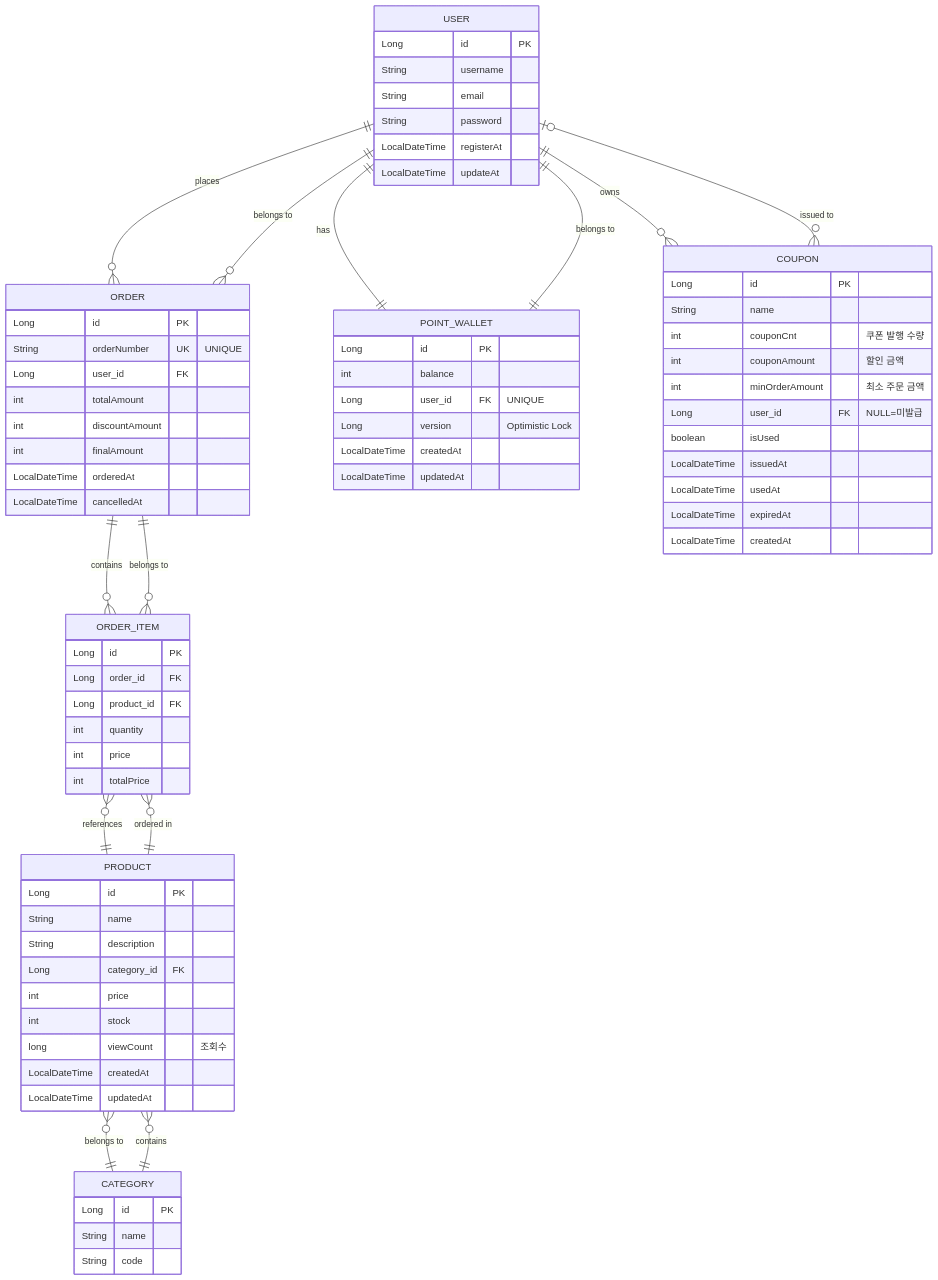
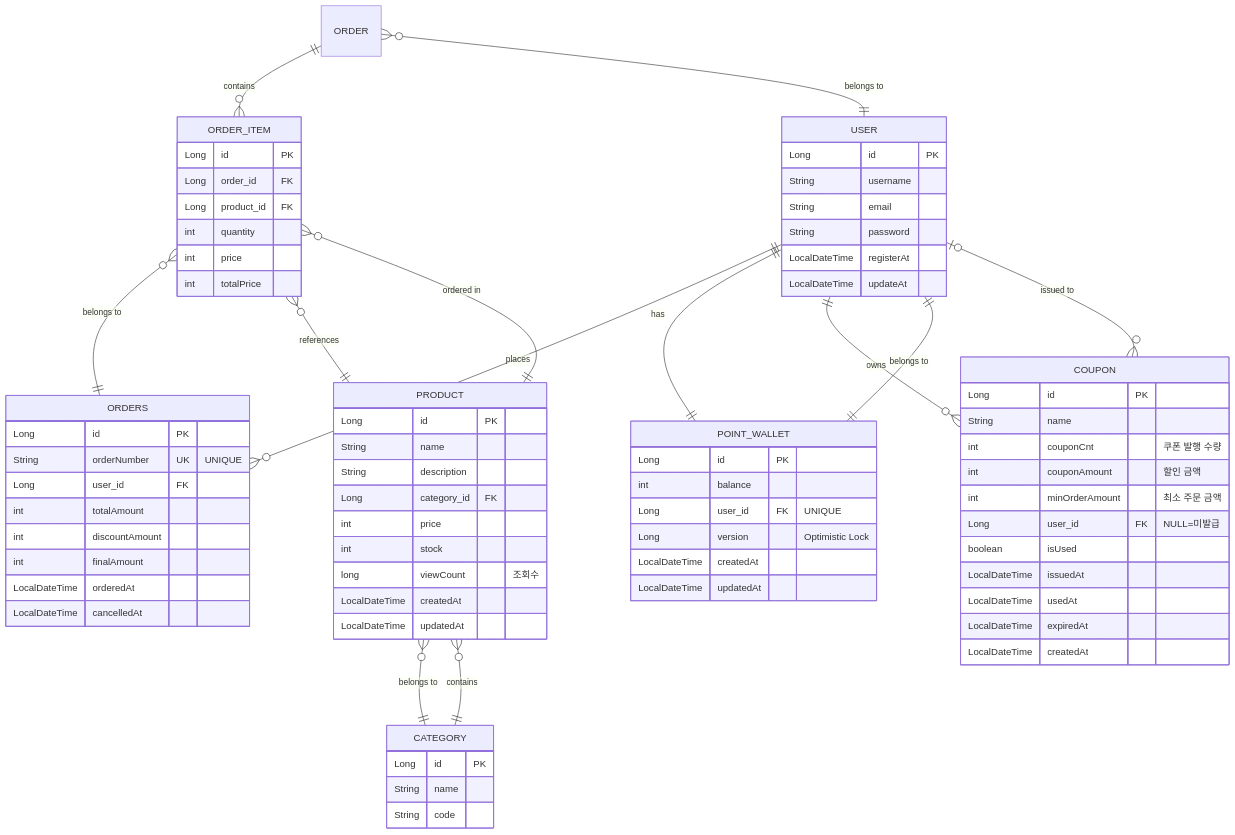
One commit to HyunJooong/hh-backend-lab changed the diagram in ERD.md. Above: the diagram before and after it, drawn with Mermaid. The commit also changed other lines of this file and 2 other files, not shown here.

````diff
--- a/ERD.md
+++ b/ERD.md
@@ -5,13 +5,13 @@
 ```mermaid
 erDiagram
-    USER ||--o{ ORDER : "places"
+    USER ||--o{ ORDERS : "places"
     USER ||--|| POINT_WALLET : "has"
     USER ||--o{ COUPON : "owns"
 
     ORDER ||--o{ ORDER_ITEM : "contains"
     ORDER }o--|| USER : "belongs to"
 
-    ORDER_ITEM }o--|| ORDER : "belongs to"
+    ORDER_ITEM }o--|| ORDERS : "belongs to"
     ORDER_ITEM }o--|| PRODUCT : "references"
 
     PRODUCT }o--|| CATEGORY : "belongs to"
@@ -41,7 +41,7 @@
         LocalDateTime updatedAt
     }
 
-    ORDER {
+    ORDERS {
         Long id PK
         String orderNumber UK "UNIQUE"
         Long user_id FK
````
